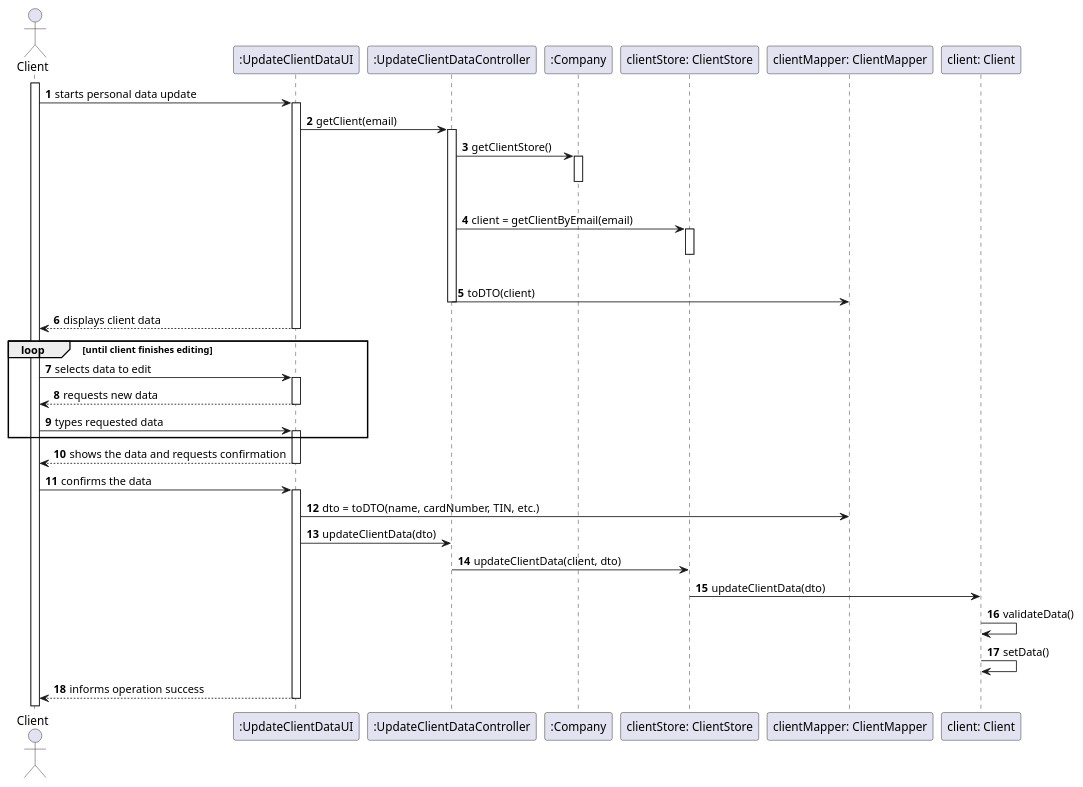
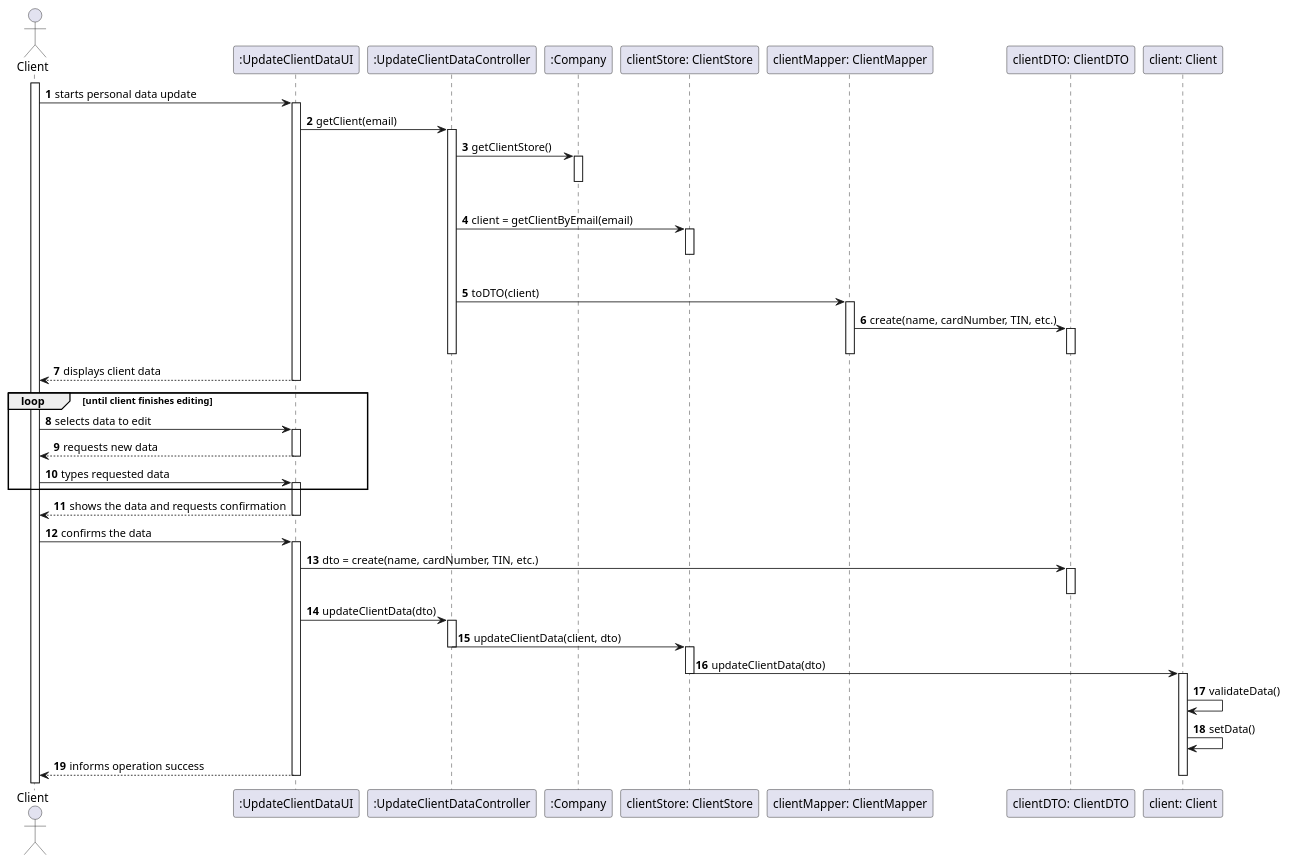
One commit to MadDinosaur/ISEP-LAPR2 changed the diagram in docs/SprintD/US2/US2_SD.puml. Above: the diagram before and after it, drawn with PlantUML. The commit also changed 4 other files, not shown here.

Commit message:
US1/US2 - Added Class Diagram.

```diff
--- a/docs/SprintD/US2/US2_SD.puml
+++ b/docs/SprintD/US2/US2_SD.puml
@@ -1,50 +1,65 @@
 @startuml
 autonumber
 
 actor Client as cli
 participant ":UpdateClientDataUI" as ui
 participant ":UpdateClientDataController" as controller
 participant ":Company" as company
 participant "clientStore: ClientStore" as cstore
 participant "clientMapper: ClientMapper" as cmapper
+participant "clientDTO: ClientDTO" as dto
 participant "client: Client" as client
+
 
 activate cli
 cli -> ui : starts personal data update
 activate ui
 ui -> controller : getClient(email)
 activate controller
 controller -> company : getClientStore()
 activate company
 |||
 deactivate company
 controller -> cstore : client = getClientByEmail(email)
 activate cstore
 |||
 deactivate cstore
 controller -> cmapper : toDTO(client)
+activate cmapper
+cmapper -> dto : create(name, cardNumber, TIN, etc.)
+activate dto
+deactivate dto
+deactivate cmapper
 deactivate controller
 ui --> cli : displays client data
 deactivate ui
 loop until client finishes editing
 cli -> ui :  selects data to edit
 activate ui
 ui --> cli : requests new data
 deactivate ui
 cli -> ui :  types requested data
 activate ui
 end loop
 activate ui
 ui --> cli : shows the data and requests confirmation
 deactivate ui
 cli -> ui :  confirms the data
 activate ui
-ui -> cmapper: dto = toDTO(name, cardNumber, TIN, etc.)
+ui -> dto: dto = create(name, cardNumber, TIN, etc.)
+activate dto
+deactivate dto
 ui -> controller: updateClientData(dto)
+activate controller
 controller -> cstore: updateClientData(client, dto)
+deactivate controller
+activate cstore
 cstore -> client : updateClientData(dto)
+deactivate cstore
+activate client
 client -> client : validateData()
 client -> client : setData()
 ui --> cli : informs operation success
+deactivate client
 deactivate ui
 @enduml
```
